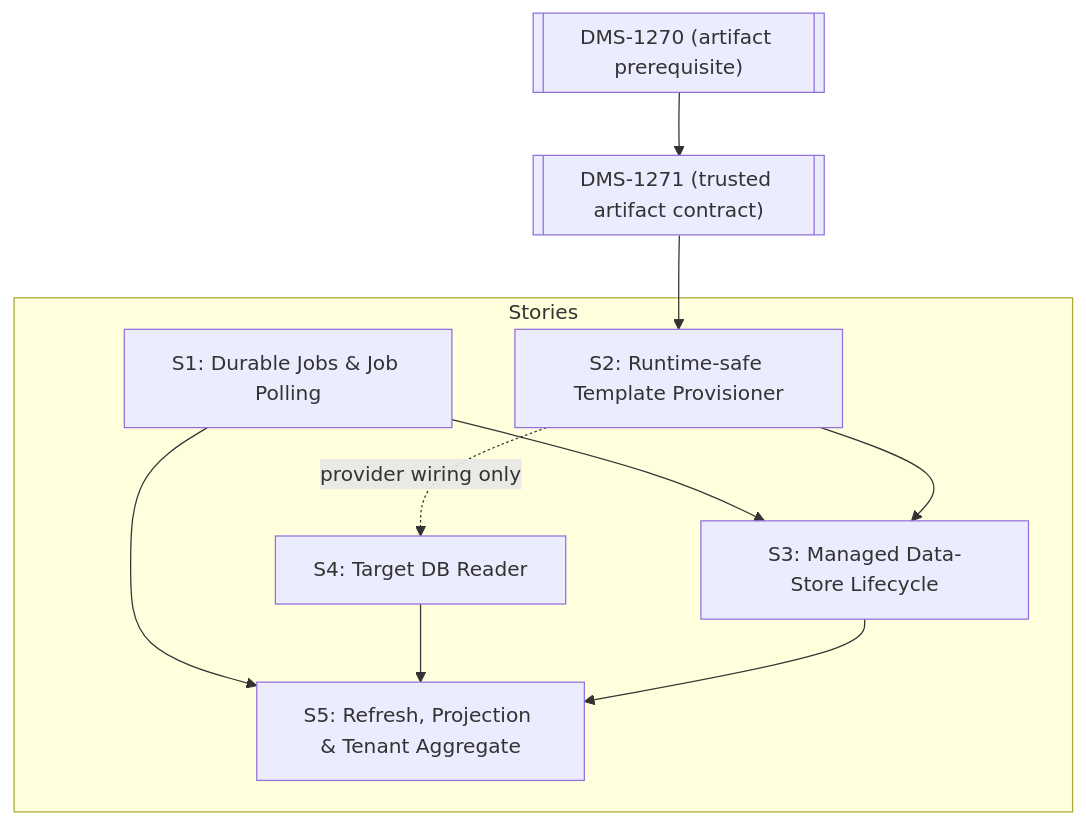
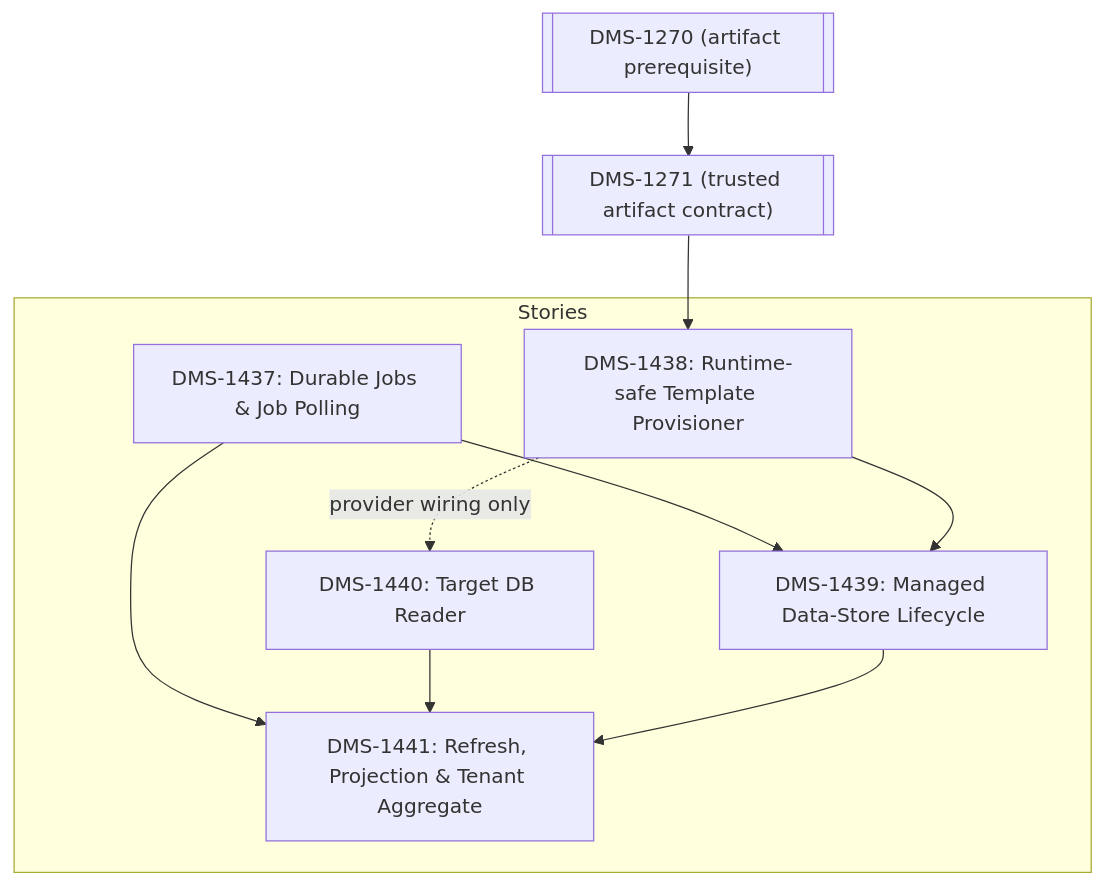
The diagram in reference/spikes/DMS-1334/candidate-implementation-stories.md (Ed-Fi-Alliance-OSS/Data-Management-Service), drawn with Mermaid before and after one commit. The commit also changed other lines of this file and 1 other file, not shown here.

````diff
--- a/reference/spikes/DMS-1334/candidate-implementation-stories.md
+++ b/reference/spikes/DMS-1334/candidate-implementation-stories.md
@@ -22,24 +22,24 @@
 ```mermaid
 graph TD
  subgraph Stories
-  S1["S1: Durable Jobs & Job Polling"]
-  S2["S2: Runtime-safe Template Provisioner"]
-  S3["S3: Managed Data-Store Lifecycle"]
-  S4["S4: Target DB Reader"]
-  S5["S5: Refresh, Projection & Tenant Aggregate"]
+  DMS-1437["DMS-1437: Durable Jobs & Job Polling"]
+  DMS-1438["DMS-1438: Runtime-safe Template Provisioner"]
+  DMS-1439["DMS-1439: Managed Data-Store Lifecycle"]
+  DMS-1440["DMS-1440: Target DB Reader"]
+  DMS-1441["DMS-1441: Refresh, Projection & Tenant Aggregate"]
  end
 
  %% Dependencies
- S1 --> S3
- S2 --> S3
- S2 -.->|provider wiring only| S4
- S1 --> S5
- S4 --> S5
- S3 --> S5
+ DMS-1437 --> DMS-1439
+ DMS-1438 --> DMS-1439
+ DMS-1438 -.->|provider wiring only| DMS-1440
+ DMS-1437 --> DMS-1441
+ DMS-1440 --> DMS-1441
+ DMS-1439 --> DMS-1441
 
  %% Blockers
- DMS1270[["DMS-1270 (artifact prerequisite)"]]
- DMS1271[["DMS-1271 (trusted artifact contract)"]]
- DMS1270 --> DMS1271
- DMS1271 --> S2
+ DMDMS-1437270[["DMS-1270 (artifact prerequisite)"]]
+ DMDMS-1437271[["DMS-1271 (trusted artifact contract)"]]
+ DMDMS-1437270 --> DMDMS-1437271
+ DMDMS-1437271 --> DMS-1438
 ```
````
